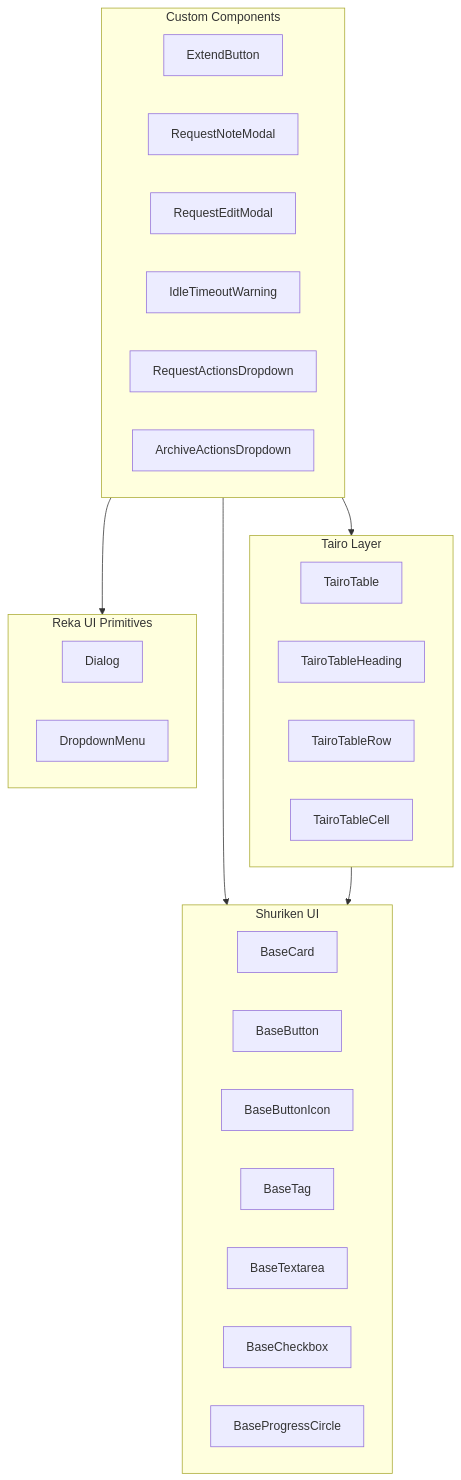
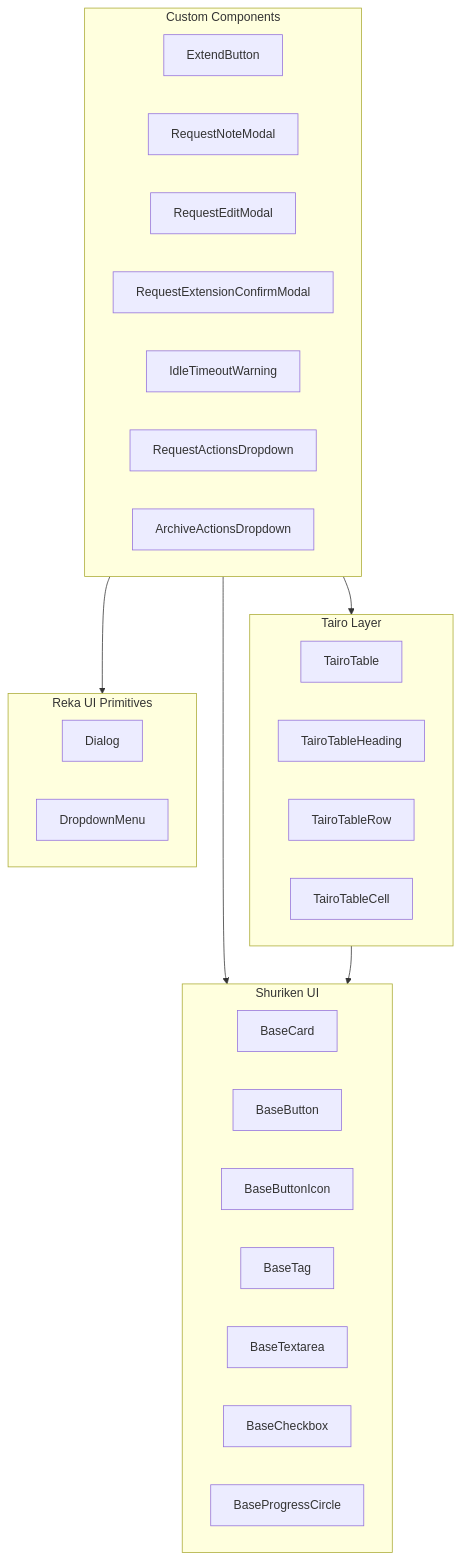
Before and after one commit to redhat-openshift-partner-labs/portal: the first of 2 diagrams in docs/components.md, drawn with Mermaid. The commit also changed other lines of this file and 6 other files, not shown here.

````diff
--- a/docs/components.md
+++ b/docs/components.md
@@ -19,38 +19,39 @@
 ```mermaid
 graph TB
     subgraph CustomLayer["Custom Components"]
         ExtendButton
         RequestNoteModal
         RequestEditModal
+        RequestExtensionConfirmModal
         IdleTimeoutWarning
         RequestActionsDropdown
         ArchiveActionsDropdown
     end
 
     subgraph TairoLayer["Tairo Layer"]
         TairoTable
         TairoTableHeading
         TairoTableRow
         TairoTableCell
     end
 
     subgraph ShurikenLayer["Shuriken UI"]
         BaseCard
         BaseButton
         BaseButtonIcon
         BaseTag
         BaseTextarea
         BaseCheckbox
         BaseProgressCircle
     end
 
     subgraph RekaLayer["Reka UI Primitives"]
         Dialog
         DropdownMenu
     end
 
     CustomLayer --> TairoLayer
     CustomLayer --> ShurikenLayer
     CustomLayer --> RekaLayer
     TairoLayer --> ShurikenLayer
 ```
````
